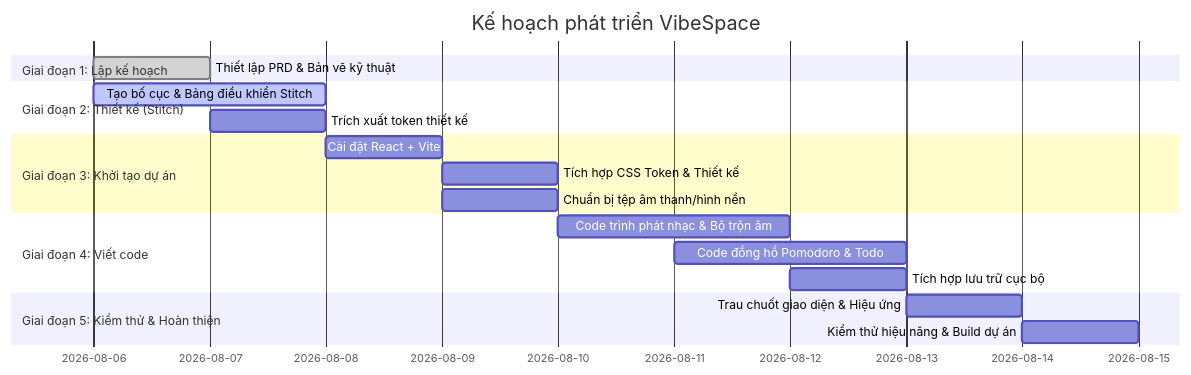
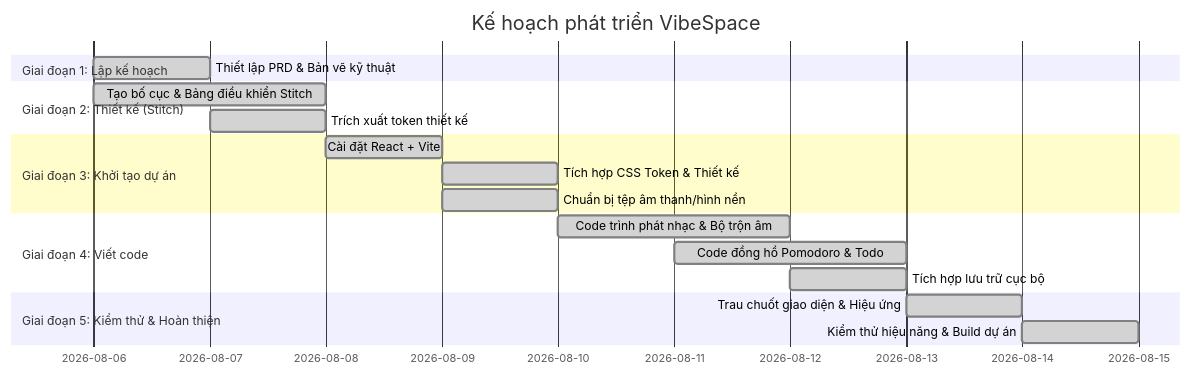
The diagram in docs/Plan.md (khanhnguyen0827/VibeSpaceStudio), drawn with Mermaid before and after one commit. The commit also changed other lines of this file, not shown here.

````diff
--- a/docs/Plan.md
+++ b/docs/Plan.md
@@ -9,21 +9,21 @@
 ```mermaid
 gantt
     title Kế hoạch phát triển VibeSpace
     dateFormat  YYYY-MM-DD
     section Giai đoạn 1: Lập kế hoạch
     Thiết lập PRD & Bản vẽ kỹ thuật    :done, 2026-08-06, 1d
     section Giai đoạn 2: Thiết kế (Stitch)
-    Tạo bố cục & Bảng điều khiển Stitch:active, 2026-08-06, 2d
-    Trích xuất token thiết kế          : 2026-08-07, 1d
+    Tạo bố cục & Bảng điều khiển Stitch:done, 2026-08-06, 2d
+    Trích xuất token thiết kế          :done, 2026-08-07, 1d
     section Giai đoạn 3: Khởi tạo dự án
-    Cài đặt React + Vite              : 2026-08-08, 1d
-    Tích hợp CSS Token & Thiết kế      : 2026-08-09, 1d
-    Chuẩn bị tệp âm thanh/hình nền    : 2026-08-09, 1d
+    Cài đặt React + Vite              :done, 2026-08-08, 1d
+    Tích hợp CSS Token & Thiết kế      :done, 2026-08-09, 1d
+    Chuẩn bị tệp âm thanh/hình nền    :done, 2026-08-09, 1d
     section Giai đoạn 4: Viết code
-    Code trình phát nhạc & Bộ trộn âm  : 2026-08-10, 2d
-    Code đồng hồ Pomodoro & Todo       : 2026-08-11, 2d
-    Tích hợp lưu trữ cục bộ            : 2026-08-12, 1d
+    Code trình phát nhạc & Bộ trộn âm  :done, 2026-08-10, 2d
+    Code đồng hồ Pomodoro & Todo       :done, 2026-08-11, 2d
+    Tích hợp lưu trữ cục bộ            :done, 2026-08-12, 1d
     section Giai đoạn 5: Kiểm thử & Hoàn thiện
-    Trau chuốt giao diện & Hiệu ứng    : 2026-08-13, 1d
-    Kiểm thử hiệu năng & Build dự án   : 2026-08-14, 1d
+    Trau chuốt giao diện & Hiệu ứng    :done, 2026-08-13, 1d
+    Kiểm thử hiệu năng & Build dự án   :done, 2026-08-14, 1d
 ```
````
